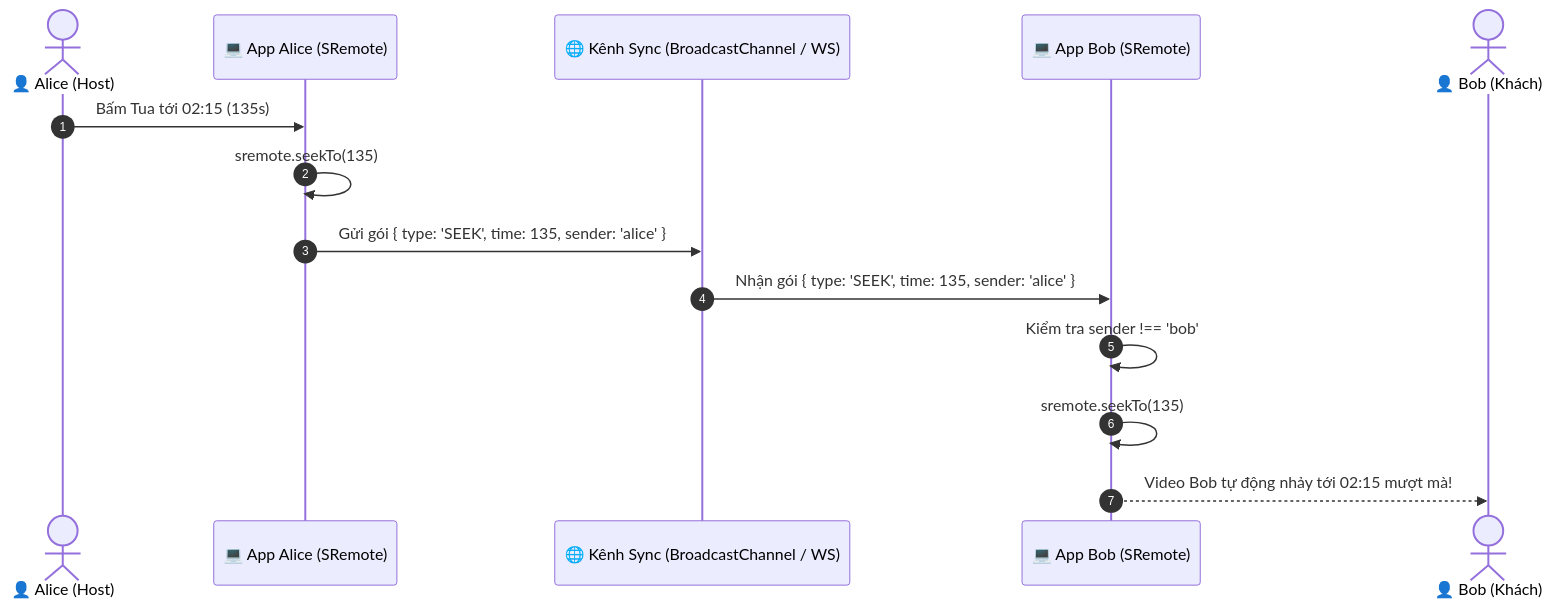
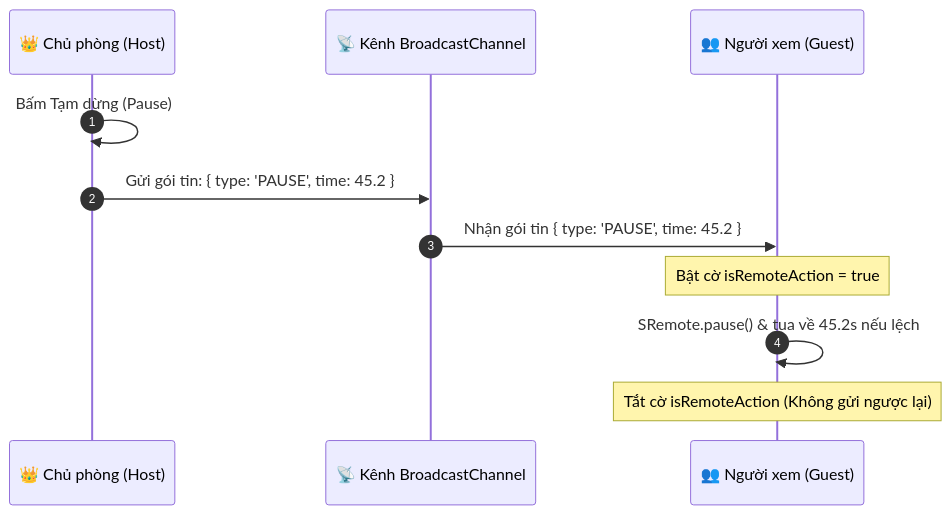
One commit to SweetSea-ButImNotSweet/sremote changed the diagram in docs/content/guides/vi/blueprints/03-watchparty.md. Above: the diagram before and after it, drawn with Mermaid. The commit also changed other lines of this file and 15 other files, not shown here.

````diff
--- a/docs/content/guides/vi/blueprints/03-watchparty.md
+++ b/docs/content/guides/vi/blueprints/03-watchparty.md
@@ -14,17 +17,14 @@
 ```mermaid
 sequenceDiagram
     autonumber
-    actor Alice as 👤 Alice (Host)
-    participant AppA as 💻 App Alice (SRemote)
-    participant Channel as 🌐 Kênh Sync (BroadcastChannel / WS)
-    participant AppB as 💻 App Bob (SRemote)
-    actor Bob as 👤 Bob (Khách)
+    participant Host as 👑 Chủ phòng (Host)
+    participant Channel as 📡 Kênh BroadcastChannel
+    participant Guest as 👥 Người xem (Guest)
 
-    Alice->>AppA: Bấm Tua tới 02:15 (135s)
-    AppA->>AppA: sremote.seekTo(135)
-    AppA->>Channel: Gửi gói { type: 'SEEK', time: 135, sender: 'alice' }
-    Channel->>AppB: Nhận gói { type: 'SEEK', time: 135, sender: 'alice' }
-    AppB->>AppB: Kiểm tra sender !== 'bob'
-    AppB->>AppB: sremote.seekTo(135)
-    AppB-->>Bob: Video Bob tự động nhảy tới 02:15 mượt mà!
+    Host->>Host: Bấm Tạm dừng (Pause)
+    Host->>Channel: Gửi gói tin: { type: 'PAUSE', time: 45.2 }
+    Channel->>Guest: Nhận gói tin { type: 'PAUSE', time: 45.2 }
+    Note over Guest: Bật cờ isRemoteAction = true
+    Guest->>Guest: SRemote.pause() & tua về 45.2s nếu lệch
+    Note over Guest: Tắt cờ isRemoteAction (Không gửi ngược lại)
 ```
````
